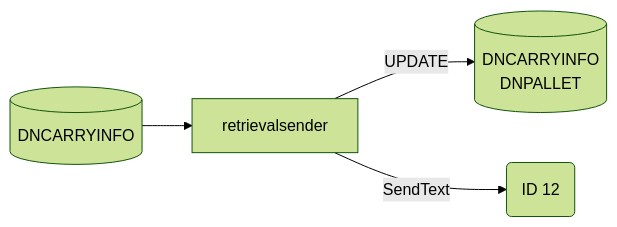
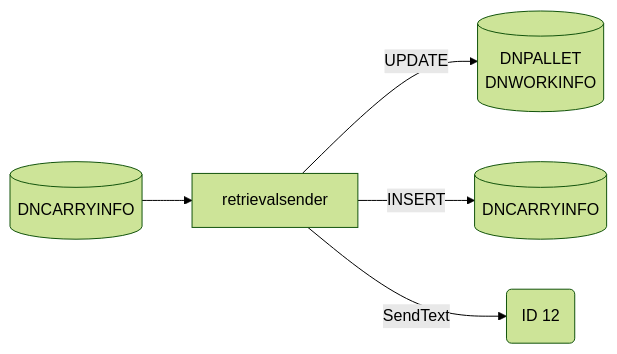
One commit to luthfiadityaa/SimeDarby-Wiki changed the fourth of 11 diagrams in Basic-Design/DFD-WMS/Retrieval/Planned-Retrieval-to-HP-Area.md. Above: the diagram before and after it, drawn with Mermaid (forest theme).

Commit message:
Updated Planned Retrieval to HP Area

```diff
--- a/Basic-Design/DFD-WMS/Retrieval/Planned-Retrieval-to-HP-Area.md
+++ b/Basic-Design/DFD-WMS/Retrieval/Planned-Retrieval-to-HP-Area.md
@@ -212,19 +212,24 @@
 ::: mermaid
 flowchart LR
 
 retrievalsender-input[("
 DNCARRYINFO
 ")]
 
 retrievalsender-update[("
+DNPALLET
+DNWORKINFO
+")]
+
+retrievalsender-insert[("
 DNCARRYINFO
-DNPALLET
 ")]
 
 id12msg("
 ID 12
 ")
 
 retrievalsender-input-->retrievalsender--> |UPDATE| retrievalsender-update
+retrievalsender--> |INSERT| retrievalsender-insert
 retrievalsender--> |SendText| id12msg
 :::
```
